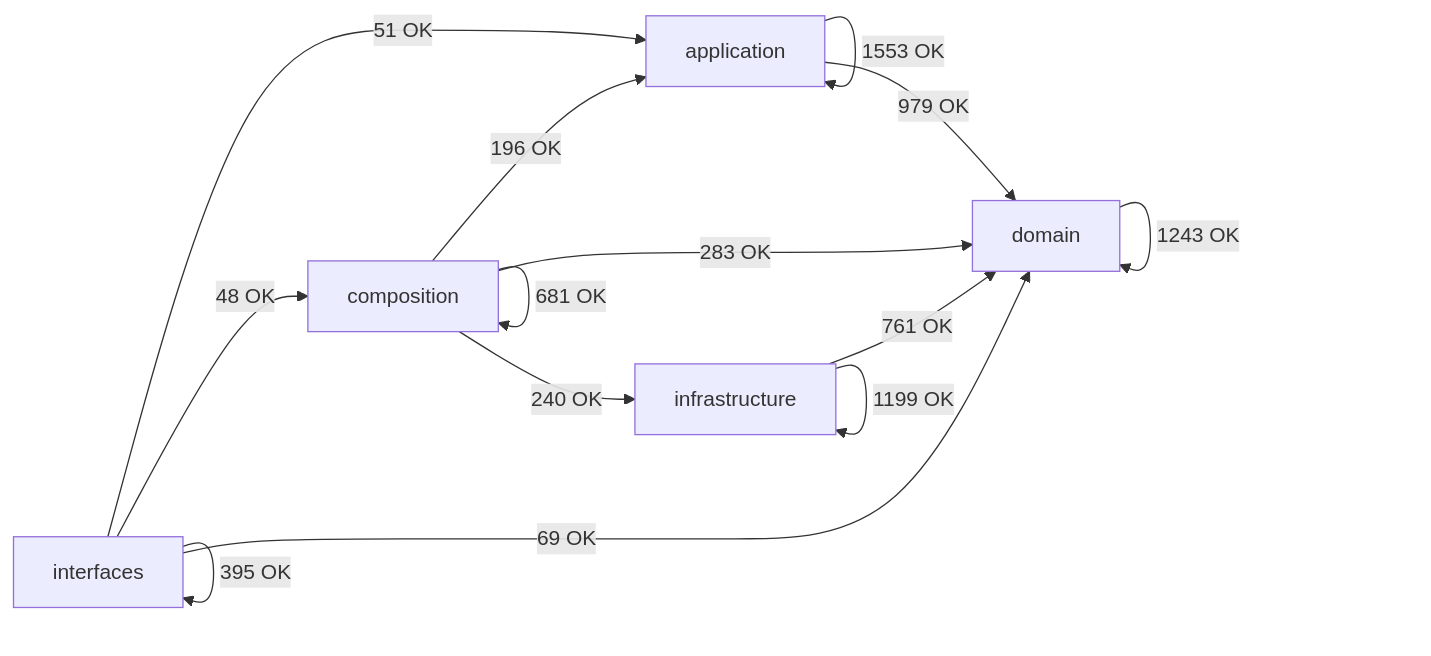
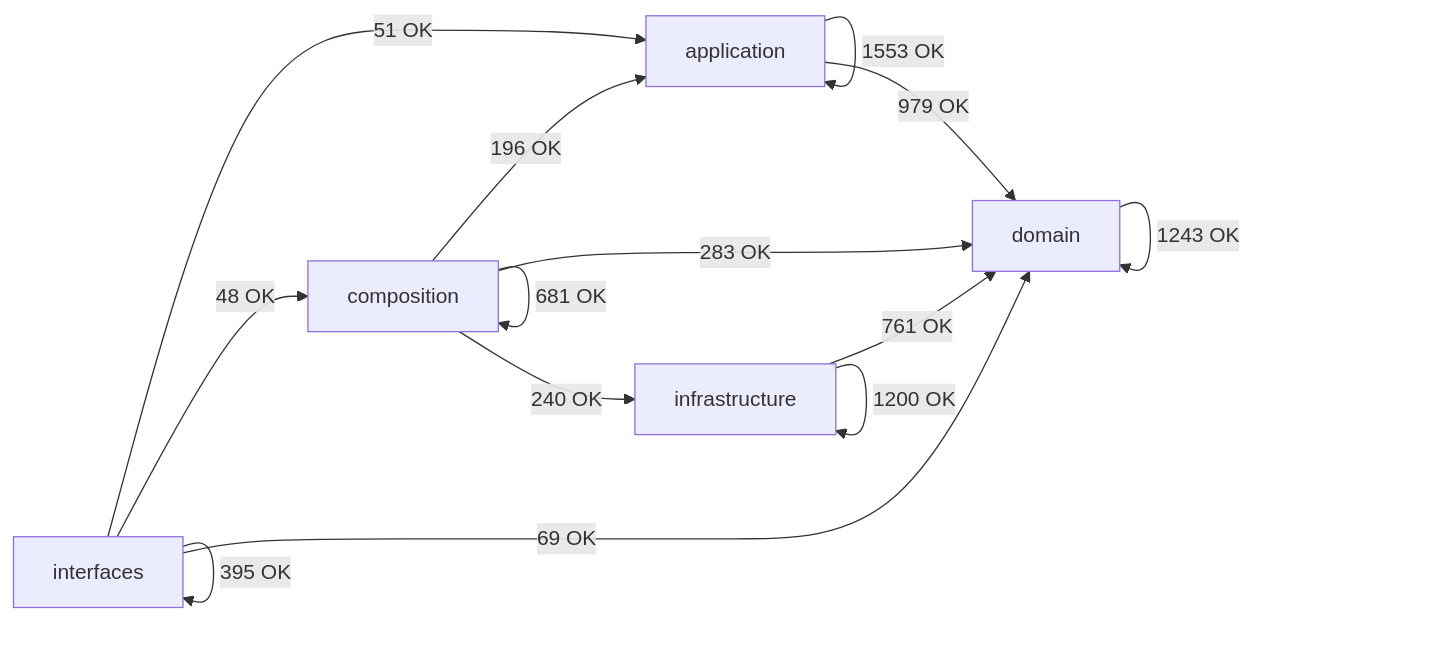
The diagram in docs/02-architecture/generated/module-dependency-map.md (SatoryKono/BioactivityDataAcquisition), drawn with Mermaid before and after one commit. The commit also changed other lines of this file and 7 other files, not shown here.

````diff
--- a/docs/02-architecture/generated/module-dependency-map.md
+++ b/docs/02-architecture/generated/module-dependency-map.md
@@ -17,21 +17,21 @@
 ```mermaid
 flowchart LR
     domain[domain]
     application[application]
     infrastructure[infrastructure]
     composition[composition]
     interfaces[interfaces]
     application -->|1553 OK| application
     application -->|979 OK| domain
     composition -->|196 OK| application
     composition -->|681 OK| composition
     composition -->|283 OK| domain
     composition -->|240 OK| infrastructure
     domain -->|1243 OK| domain
     infrastructure -->|761 OK| domain
-    infrastructure -->|1199 OK| infrastructure
+    infrastructure -->|1200 OK| infrastructure
     interfaces -->|51 OK| application
     interfaces -->|48 OK| composition
     interfaces -->|69 OK| domain
     interfaces -->|395 OK| interfaces
 ```
````
